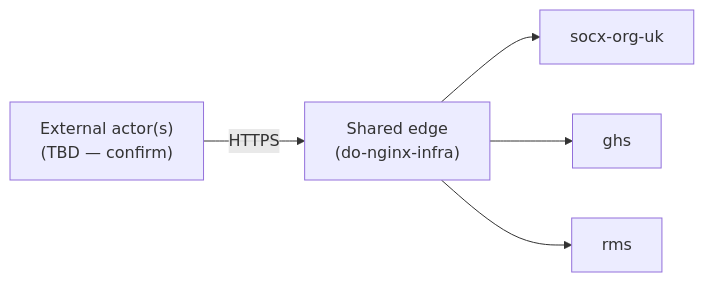
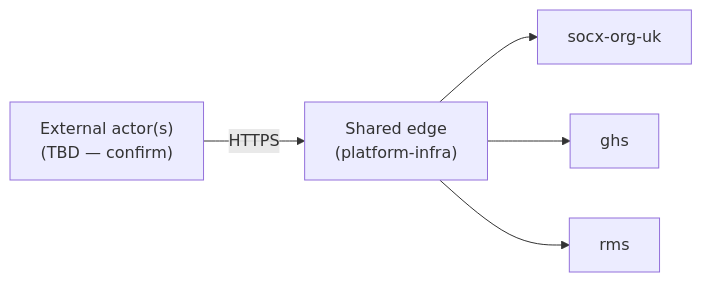
The first of 2 diagrams in docs/architecture/context/CTX-010-platform-context.md (Socx-Org/socx-platform), drawn with Mermaid before and after one commit. The commit also changed other lines of this file and 14 other files, not shown here.

First line of the commit message:
#2 docs(architecture): establish Architecture Documentation structure

````diff
--- a/docs/architecture/context/CTX-010-platform-context.md
+++ b/docs/architecture/context/CTX-010-platform-context.md
@@ -37,7 +37,7 @@
 ```mermaid
 flowchart LR
-    actor["External actor(s)\n(TBD — confirm)"] -->|HTTPS| edge["Shared edge\n(do-nginx-infra)"]
+    actor["External actor(s)\n(TBD — confirm)"] -->|HTTPS| edge["Shared edge\n(platform-infra)"]
     edge --> socx["socx-org-uk"]
     edge --> ghs["ghs"]
     edge --> rms["rms"]
 ```
````
